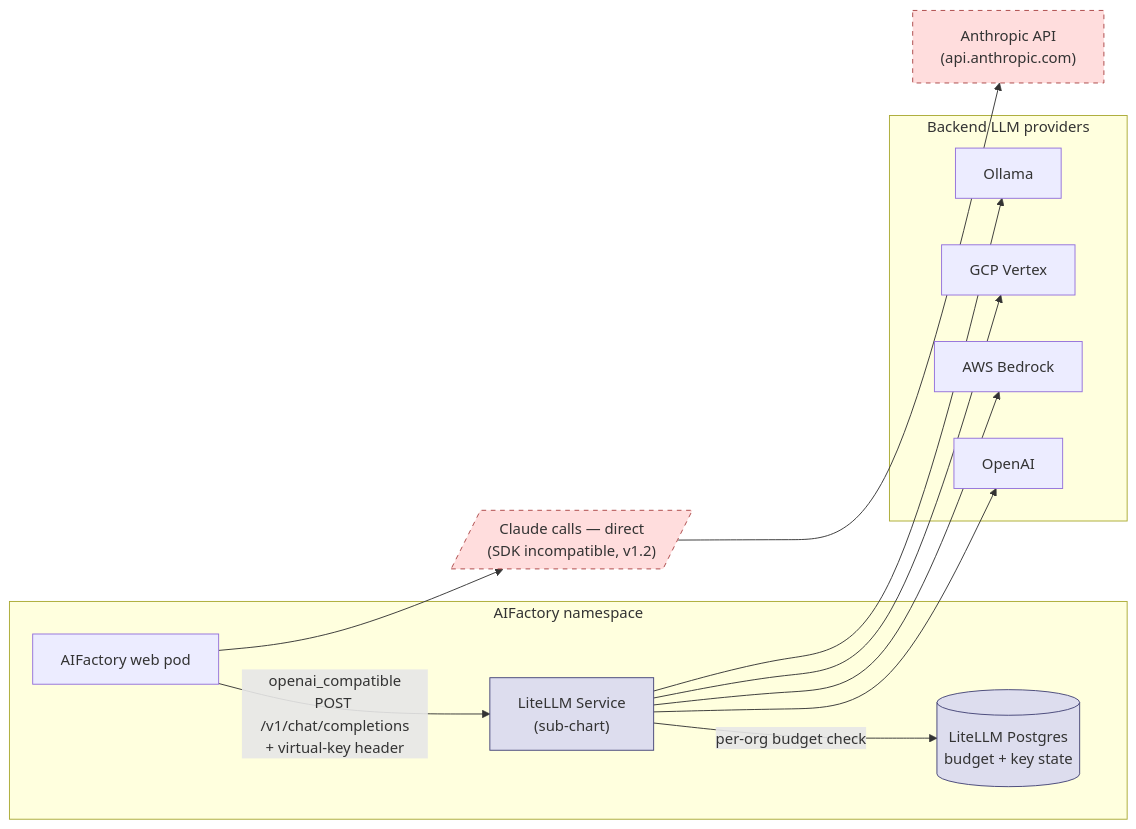
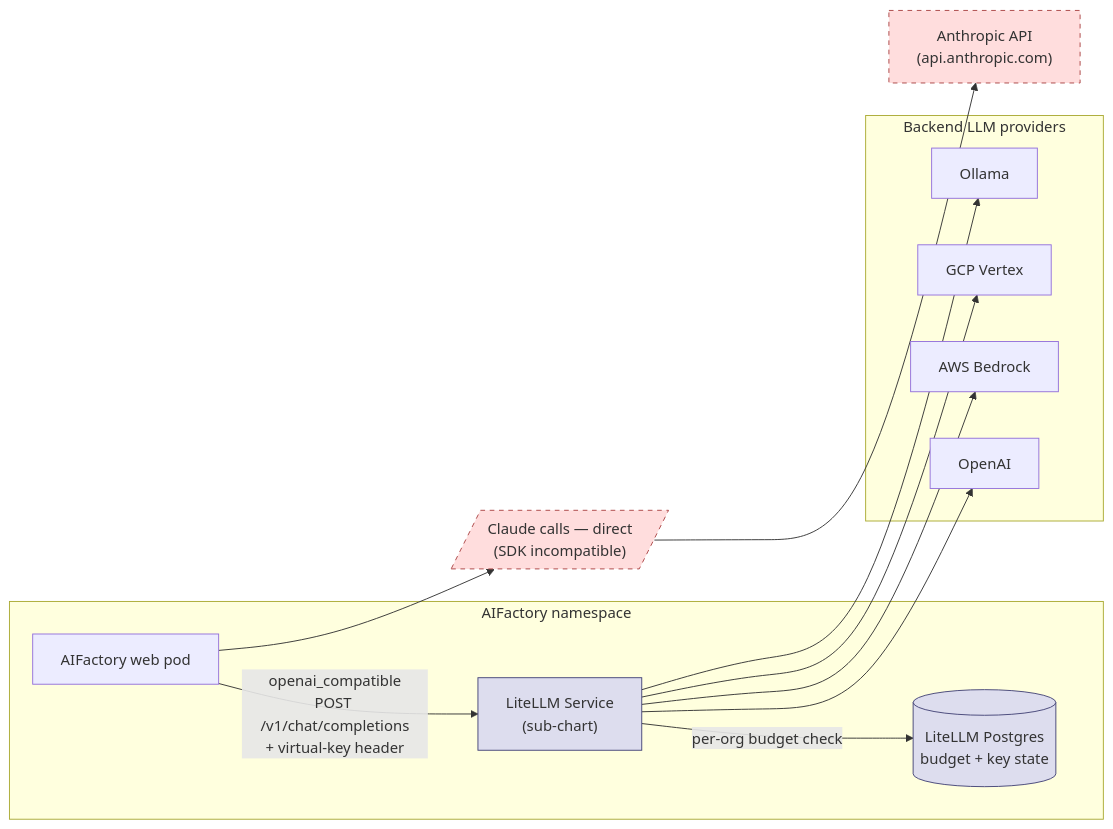
One commit to olafkfreund/AIFactory changed the diagram in docs/docs/concepts/litellm-gateway.md. Above: the diagram before and after it, drawn with Mermaid. The commit also changed other lines of this file and 8 other files, not shown here.

````diff
--- a/docs/docs/concepts/litellm-gateway.md
+++ b/docs/docs/concepts/litellm-gateway.md
@@ -48,31 +48,31 @@
 ```mermaid
 flowchart LR
     subgraph aifactoryNS["AIFactory namespace"]
         aif["AIFactory web pod"]
         ll["LiteLLM Service<br/>(sub-chart)"]
         llpg[("LiteLLM Postgres<br/>budget + key state")]
     end
 
     subgraph backends["Backend LLM providers"]
         openai["OpenAI"]
         bedrock["AWS Bedrock"]
         vertex["GCP Vertex"]
         ollama["Ollama"]
     end
 
-    direct[/"Claude calls — direct<br/>(SDK incompatible, v1.2)"/]
+    direct[/"Claude calls — direct<br/>(SDK incompatible)"/]
 
     aif -- "openai_compatible<br/>POST /v1/chat/completions<br/>+ virtual-key header" --> ll
     aif --> direct
     direct --> anthropic["Anthropic API<br/>(api.anthropic.com)"]
     ll -- per-org budget check --> llpg
     ll --> openai
     ll --> bedrock
     ll --> vertex
     ll --> ollama
 
     classDef gateway fill:#dde,stroke:#447;
     classDef bypass fill:#fdd,stroke:#a44,stroke-dasharray:5;
     class ll,llpg gateway
     class direct,anthropic bypass
 ```
````
